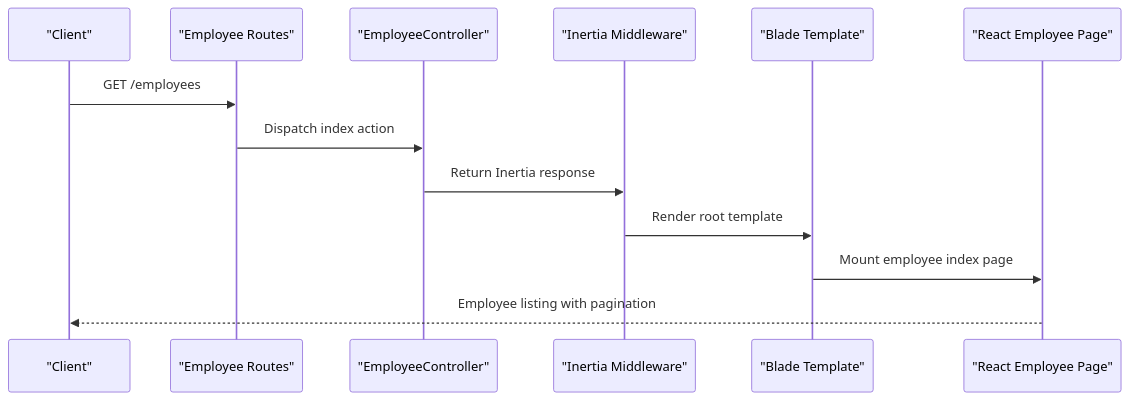
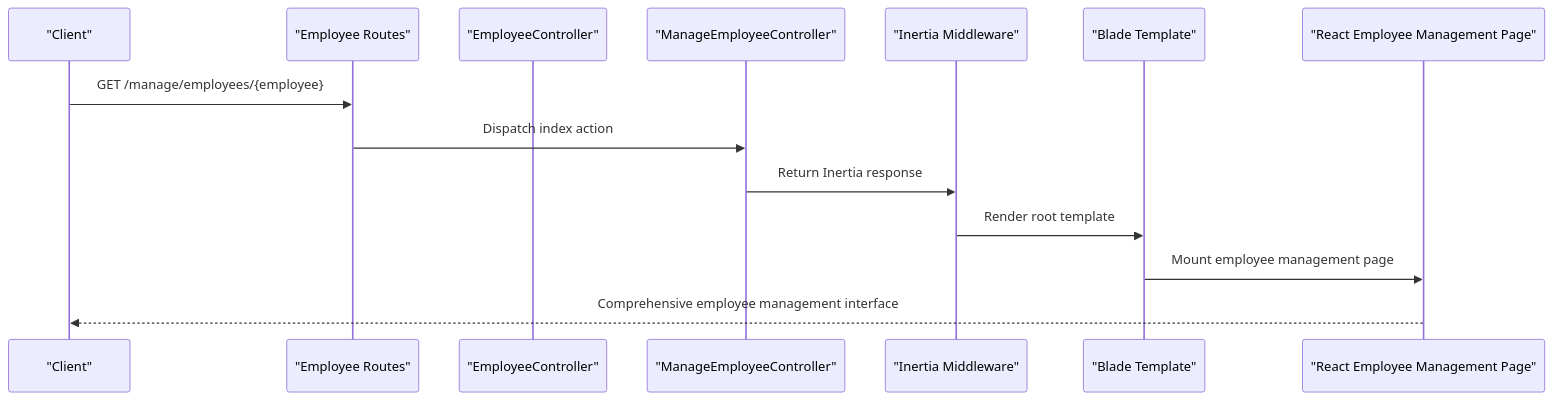
The fifth of 9 diagrams in .qoder/repowiki/en/content/Routing Architecture.md (vincet0t15/template), drawn with Mermaid before and after one commit. The commit also changed other lines of this file and 8 other files, not shown here.

````diff
--- a/.qoder/repowiki/en/content/Routing Architecture.md
+++ b/.qoder/repowiki/en/content/Routing Architecture.md
@@ -185,15 +201,16 @@
 ```mermaid
 sequenceDiagram
 participant Client as "Client"
 participant EmployeeRoutes as "Employee Routes"
 participant EmployeeController as "EmployeeController"
+participant ManageEmployeeController as "ManageEmployeeController"
 participant Middleware as "Inertia Middleware"
 participant Blade as "Blade Template"
-participant React as "React Employee Page"
-Client->>EmployeeRoutes : GET /employees
-EmployeeRoutes->>EmployeeController : Dispatch index action
-EmployeeController->>Middleware : Return Inertia response
+participant React as "React Employee Management Page"
+Client->>EmployeeRoutes : GET /manage/employees/{employee}
+EmployeeRoutes->>ManageEmployeeController : Dispatch index action
+ManageEmployeeController->>Middleware : Return Inertia response
 Middleware->>Blade : Render root template
-Blade->>React : Mount employee index page
-React-->>Client : Employee listing with pagination
+Blade->>React : Mount employee management page
+React-->>Client : Comprehensive employee management interface
 ```
````
